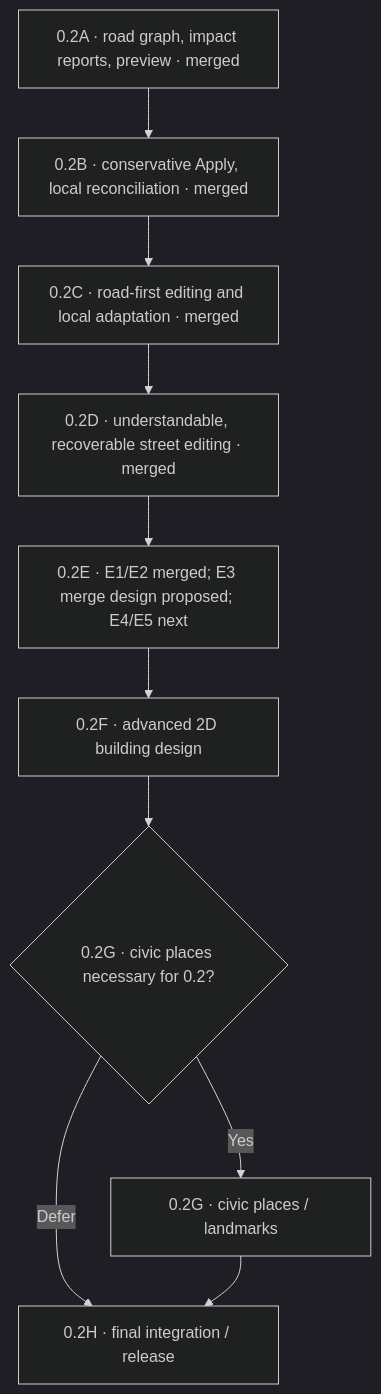
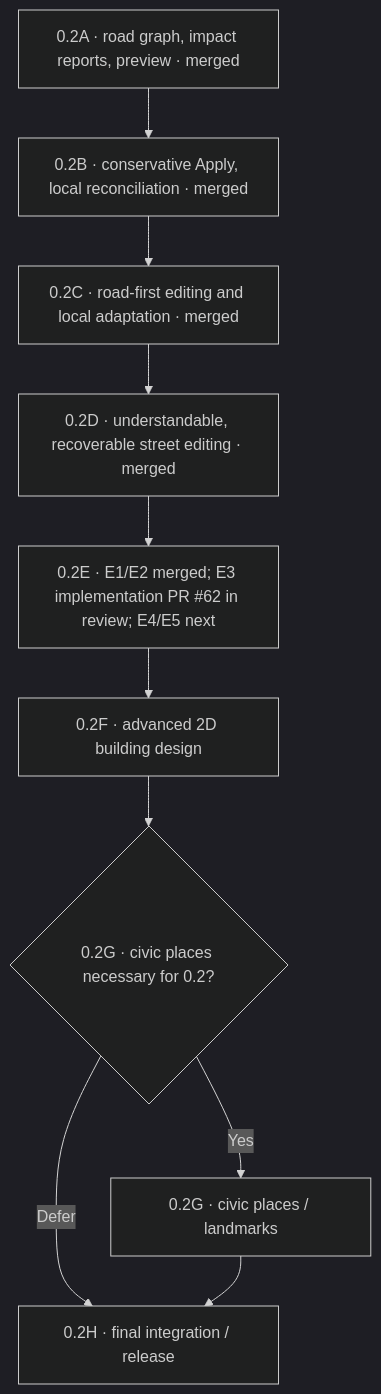
Before and after one commit to xbwtyz/Mappo: the diagram in docs/plans/0.2/README.md, drawn with Mermaid (dark theme). The commit also changed other lines of this file, not shown here.

Commit message:
docs(e3): link implementation PR and acceptance report without claiming release

````diff
--- a/docs/plans/0.2/README.md
+++ b/docs/plans/0.2/README.md
@@ -15,12 +15,12 @@
 ```mermaid
 flowchart TD
   A["0.2A · road graph, impact reports, preview · merged"] --> B["0.2B · conservative Apply, local reconciliation · merged"]
   B --> C["0.2C · road-first editing and local adaptation · merged"]
   C --> D["0.2D · understandable, recoverable street editing · merged"]
-  D --> E["0.2E · E1/E2 merged; E3 merge design proposed; E4/E5 next"]
+  D --> E["0.2E · E1/E2 merged; E3 implementation PR #62 in review; E4/E5 next"]
   E --> F["0.2F · advanced 2D building design"]
   F --> G{"0.2G · civic places necessary for 0.2?"}
   G -->|Yes| G1["0.2G · civic places / landmarks"]
   G -->|Defer| H["0.2H · final integration / release"]
   G1 --> H
 ```
````
